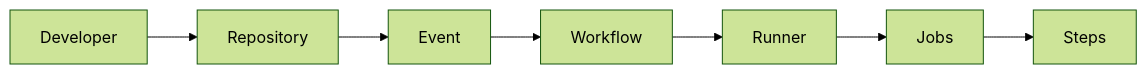
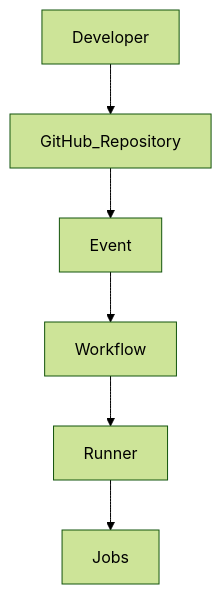
The second of 3 diagrams in docs/04-Workflow-Events.md (VeeraBabu-Devops/github-actions-for-devops), drawn with Mermaid (forest theme) before and after one commit. The commit also changed other lines of this file, not shown here.

````diff
--- a/docs/04-Workflow-Events.md
+++ b/docs/04-Workflow-Events.md
@@ -98,29 +79,8 @@
 ```mermaid
-flowchart LR
-
-Developer
-
--->
-
-Repository
-
--->
-
-Event
-
--->
-
-Workflow
-
--->
-
-Runner
-
--->
-
-Jobs
-
--->
-
-Steps
+flowchart TD
+    Developer --> GitHub_Repository
+    GitHub_Repository --> Event
+    Event --> Workflow
+    Workflow --> Runner
+    Runner --> Jobs
 ```
````
